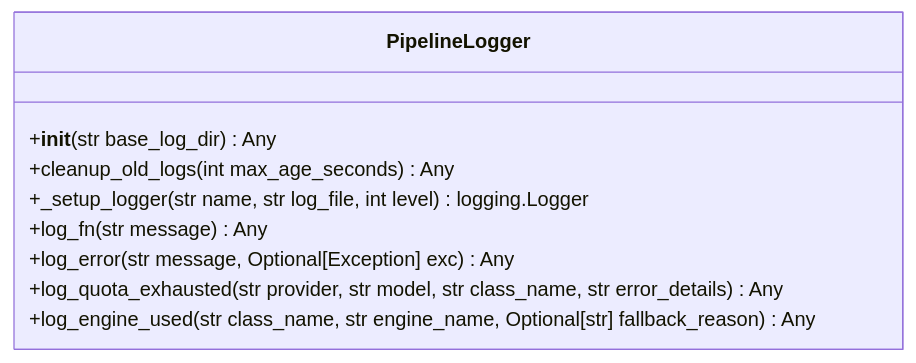
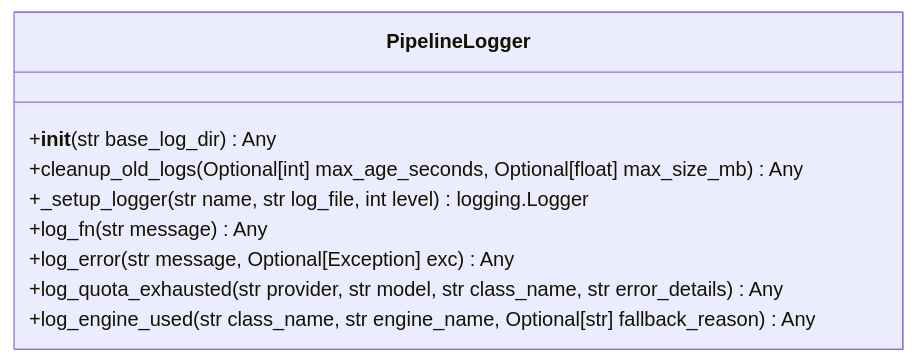
One commit to jerry-fab/Doc-Gen-Pipeline changed the diagram in docs/architecture/Python/PipelineLogger.md. Above: the diagram before and after it, drawn with Mermaid. The commit also changed other lines of this file and 3 other files, not shown here.

Commit message:
docs: auto-update class architecture documentation [skip ci]

````diff
--- a/docs/architecture/Python/PipelineLogger.md
+++ b/docs/architecture/Python/PipelineLogger.md
@@ -9,12 +9,12 @@
 ```mermaid
 classDiagram
     class PipelineLogger {
         +__init__(str base_log_dir) Any
-        +cleanup_old_logs(int max_age_seconds) Any
+        +cleanup_old_logs(Optional[int] max_age_seconds, Optional[float] max_size_mb) Any
         +_setup_logger(str name, str log_file, int level) logging.Logger
         +log_fn(str message) Any
         +log_error(str message, Optional[Exception] exc) Any
         +log_quota_exhausted(str provider, str model, str class_name, str error_details) Any
         +log_engine_used(str class_name, str engine_name, Optional[str] fallback_reason) Any
     }
 ```
````
